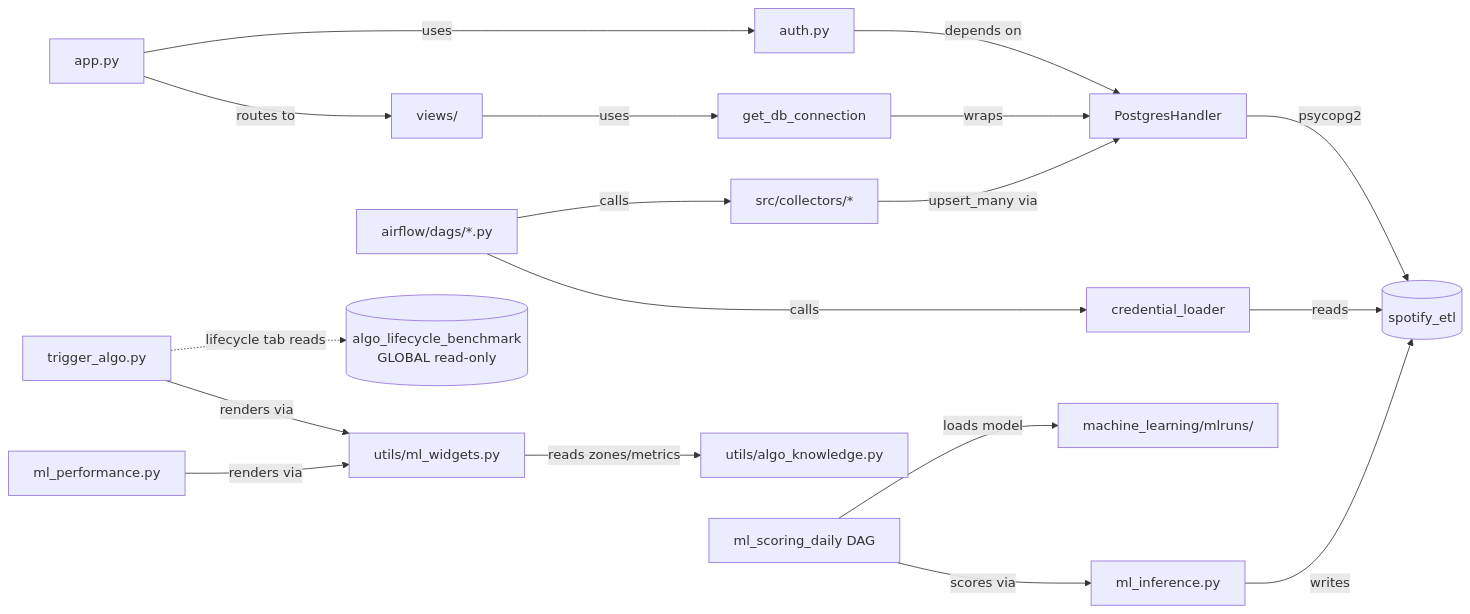
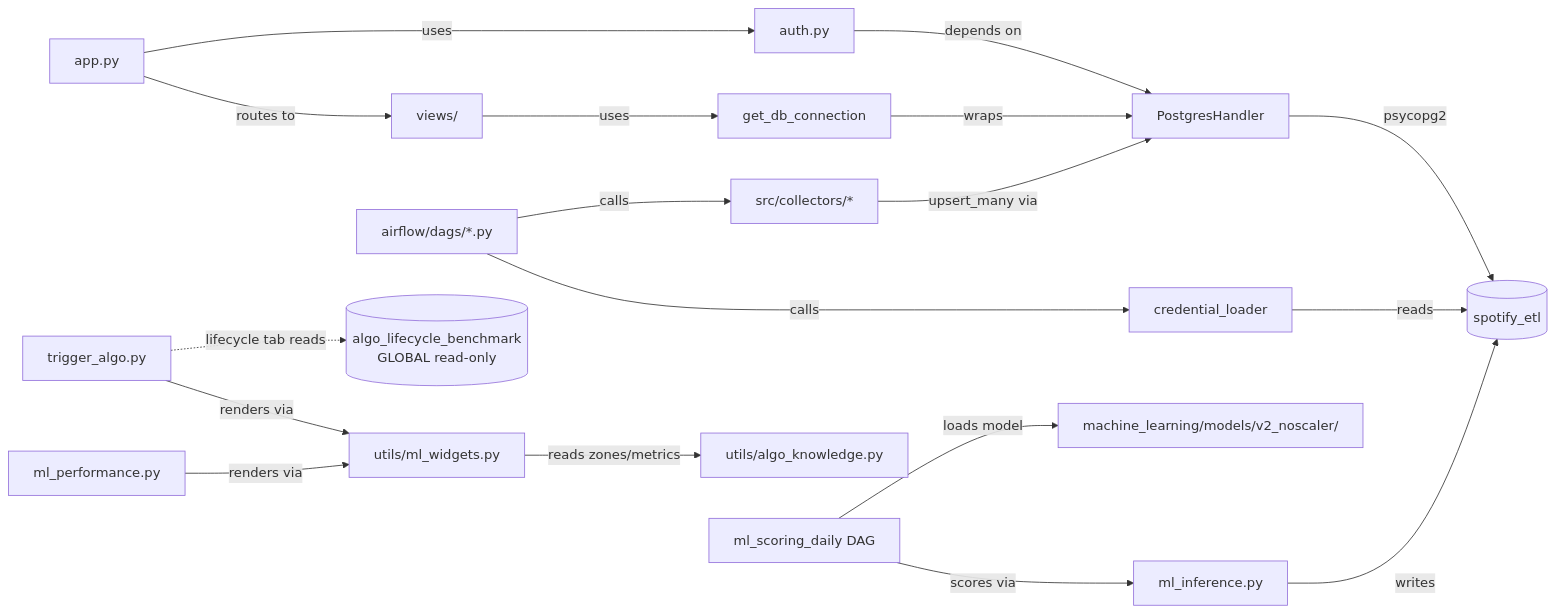
One commit to 1x7xxxxxxx/Dashboard_music_platform_algo_spotify changed the second of 3 diagrams in .claude/dev-docs/architecture.md. Above: the diagram before and after it, drawn with Mermaid. The commit also changed other lines of this file and 14 other files, not shown here.

````diff
--- a/.claude/dev-docs/architecture.md
+++ b/.claude/dev-docs/architecture.md
@@ -34,23 +34,23 @@
 ```mermaid
 graph LR
     app.py -->|routes to| V[views/]
     app.py -->|uses| auth.py
     auth.py -->|depends on| PH[PostgresHandler]
     V -->|uses| GDB[get_db_connection]
     GDB -->|wraps| PH
     PH -->|psycopg2| DB[(spotify_etl)]
 
     DAG[airflow/dags/*.py] -->|calls| COL[src/collectors/*]
     DAG -->|calls| CL[credential_loader]
     CL -->|reads| DB
     COL -->|upsert_many via| PH
 
-    ML[ml_scoring_daily DAG] -->|loads model| MLR[machine_learning/mlruns/]
+    ML[ml_scoring_daily DAG] -->|loads model| MLR[machine_learning/models/v2_noscaler/]
     ML -->|scores via| INF[ml_inference.py]
     INF -->|writes| DB
 
     TA[trigger_algo.py] -->|renders via| MW[utils/ml_widgets.py]
     MLP[ml_performance.py] -->|renders via| MW
     MW -->|reads zones/metrics| AK[utils/algo_knowledge.py]
     TA -.->|lifecycle tab reads| BENCH[(algo_lifecycle_benchmark<br/>GLOBAL read-only)]
 ```
````
